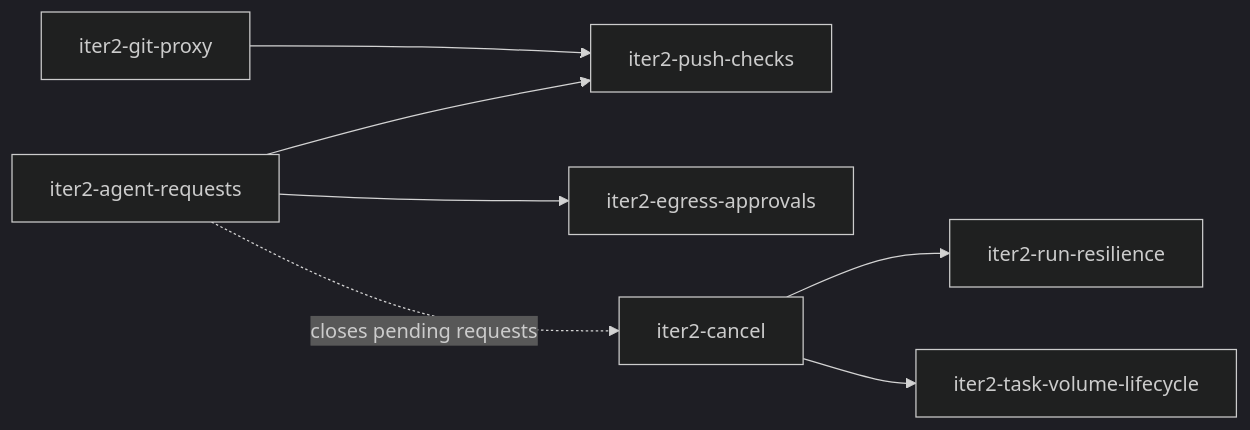
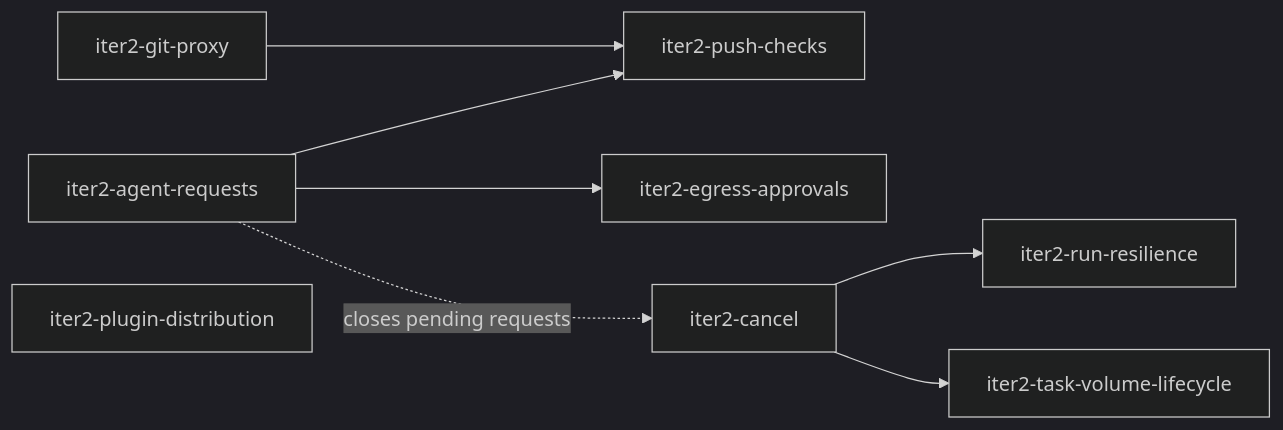
Before and after one commit to prskr/dark-factory: the diagram in product/iterations/iteration-2.md, drawn with Mermaid (dark theme). The commit also changed other lines of this file and 11 other files, not shown here.

First line of the commit message:
Spec: propose iter2-plugin-distribution, add implement-change workflow

````diff
--- a/product/iterations/iteration-2.md
+++ b/product/iterations/iteration-2.md
@@ -29,10 +29,11 @@
 ```mermaid
 flowchart LR
   GP[iter2-git-proxy] --> PC[iter2-push-checks]
   AR[iter2-agent-requests] --> PC
   AR --> EA[iter2-egress-approvals]
   CA[iter2-cancel]
   AR -. closes pending requests .-> CA
   CA --> RR[iter2-run-resilience]
   CA --> TV[iter2-task-volume-lifecycle]
+  PD[iter2-plugin-distribution]
 ```
````
